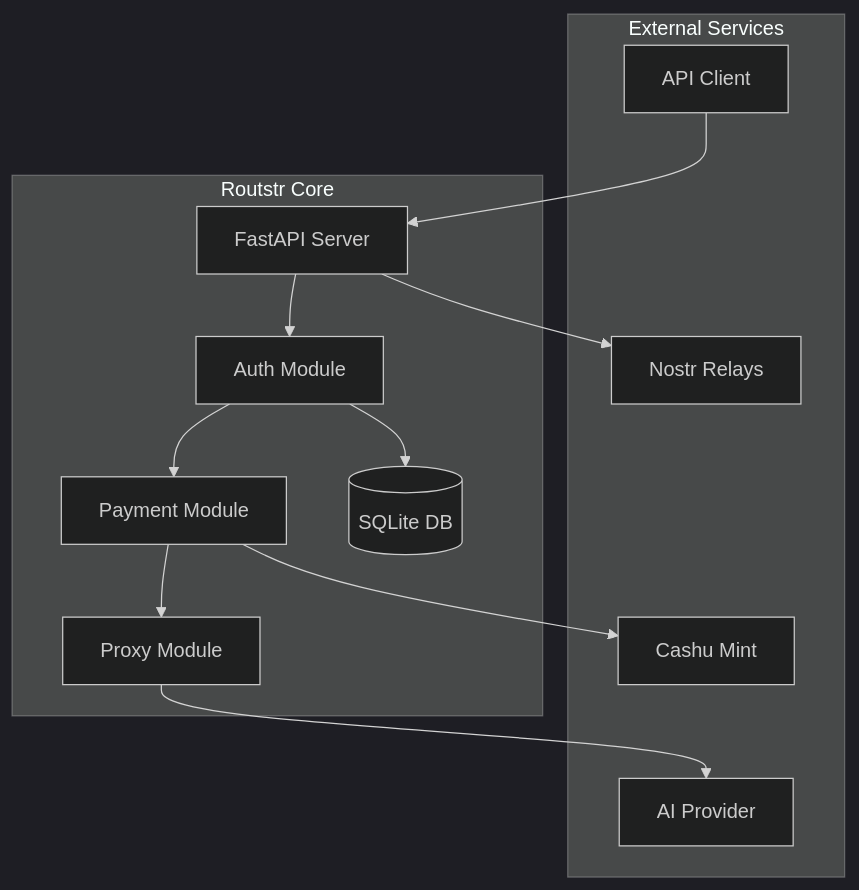
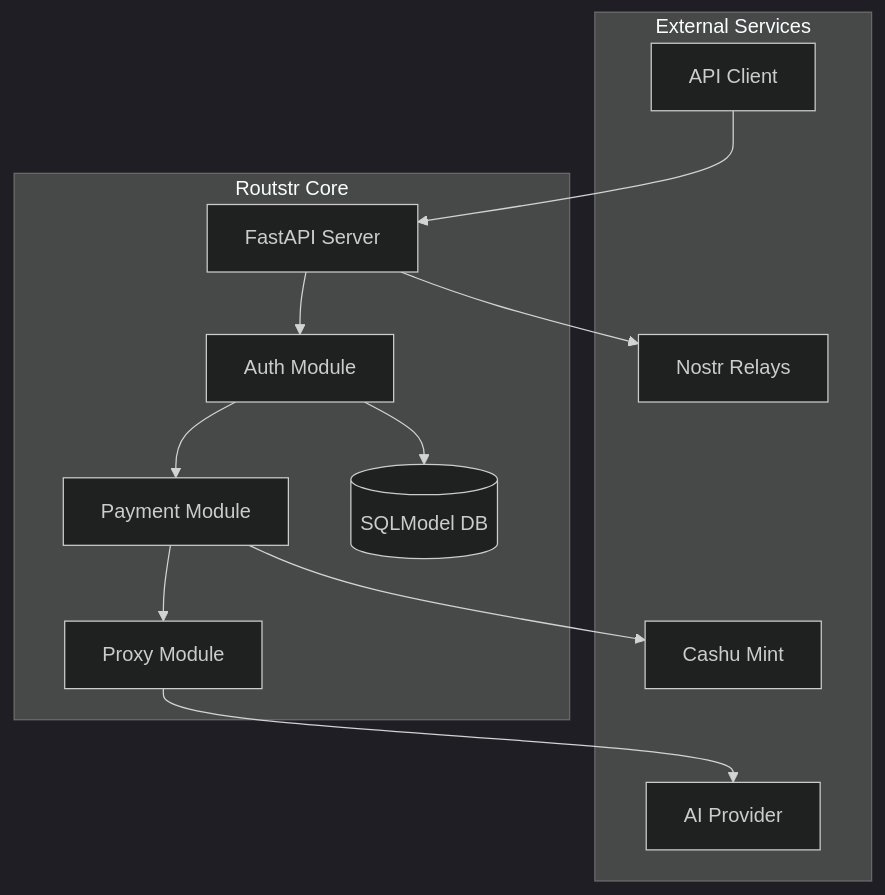
The first of 3 diagrams in docs/contributing/architecture.md (Routstr/routstr-core), drawn with Mermaid (dark theme) before and after one commit. The commit also changed other lines of this file and 21 other files, not shown here.

````diff
--- a/docs/contributing/architecture.md
+++ b/docs/contributing/architecture.md
@@ -9,27 +9,27 @@
 ```mermaid
 graph TB
     subgraph "External Services"
         Client[API Client]
         Mint[Cashu Mint]
         Provider[AI Provider]
         Nostr[Nostr Relays]
     end
     
     subgraph "Routstr Core"
         API[FastAPI Server]
         Auth[Auth Module]
         Payment[Payment Module]
         Proxy[Proxy Module]
-        DB[(SQLite DB)]
+        DB[(SQLModel DB)]
         
         API --> Auth
         Auth --> Payment
         Auth --> DB
         Payment --> Proxy
         Proxy --> Provider
         Payment --> Mint
         API --> Nostr
     end
     
     Client --> API
 ```
````
